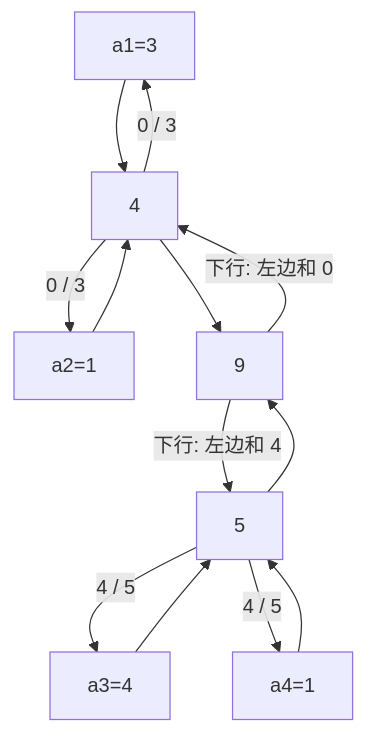
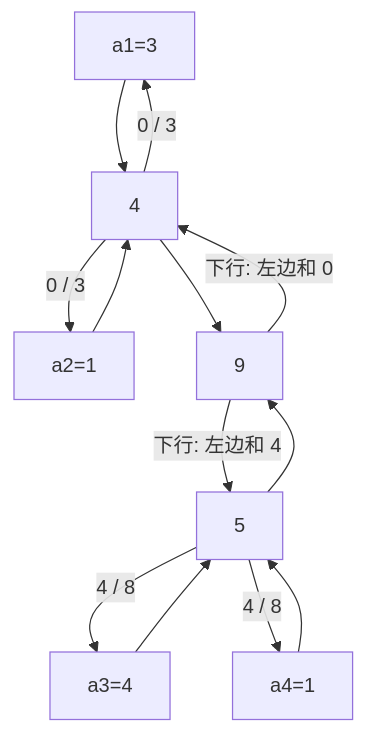
Before and after one commit to xhongduo-tech/xhongduo-tech.github.io: the second of 2 diagrams in docs/cs/pram-prefix-sum.md, drawn with Mermaid. The commit also changed other lines of this file and 5 other files, not shown here.

````diff
--- a/docs/cs/pram-prefix-sum.md
+++ b/docs/cs/pram-prefix-sum.md
@@ -49,15 +49,15 @@
 ```mermaid
 flowchart TD
   L1["a1=3"] --> U12["4"]
   L2["a2=1"] --> U12
   L3["a3=4"] --> U34["5"]
   L4["a4=1"] --> U34
   U12 --> R["9"]
   U34 --> R
   R -- "下行: 左边和 0" --> U12
   R -- "下行: 左边和 4" --> U34
   U12 -- "0 / 3" --> L1
   U12 -- "0 / 3" --> L2
-  U34 -- "4 / 5" --> L3
-  U34 -- "4 / 5" --> L4
+  U34 -- "4 / 8" --> L3
+  U34 -- "4 / 8" --> L4
 ```
````
